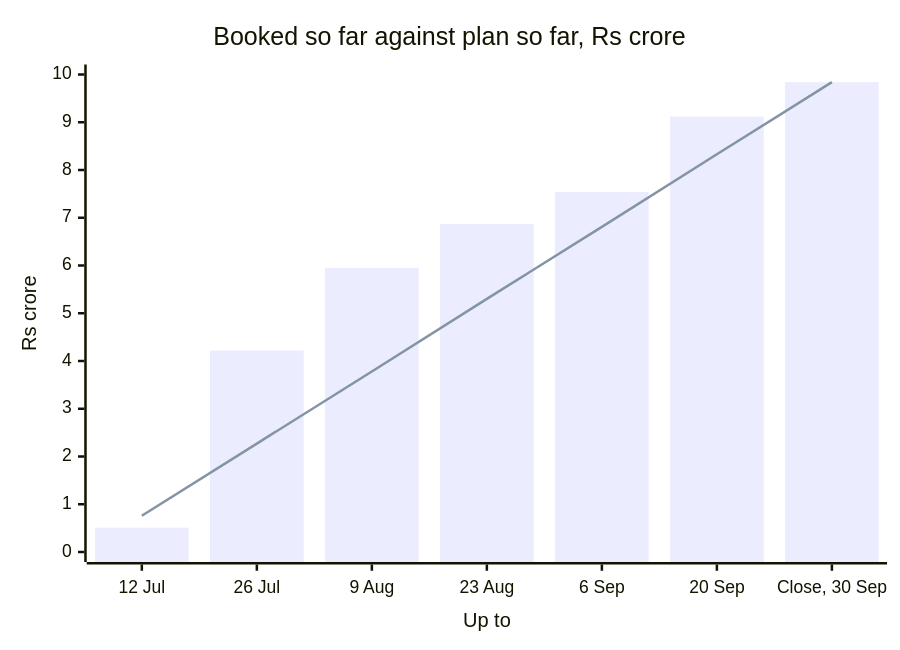
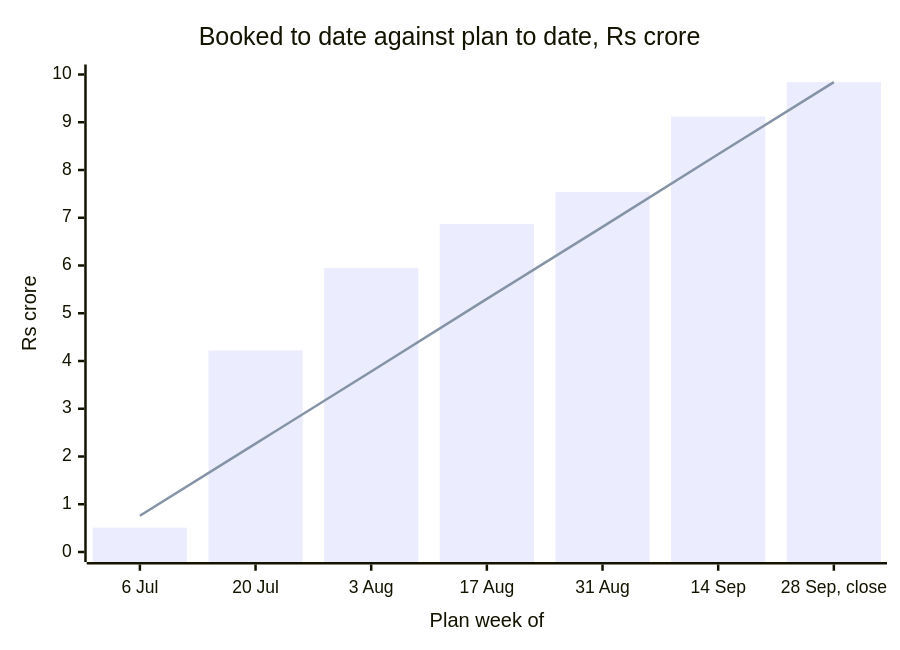
The third of 5 diagrams in content/W02/SAT/paper/C2_W02_SAT_recap_paper_STUDENT.md (fde-academy-lab/c2-content-factory), drawn with Mermaid before and after one commit. The commit also changed other lines of this file and 6 other files, not shown here.

````diff
--- a/content/W02/SAT/paper/C2_W02_SAT_recap_paper_STUDENT.md
+++ b/content/W02/SAT/paper/C2_W02_SAT_recap_paper_STUDENT.md
@@ -324,8 +324,8 @@
 ```mermaid
 xychart-beta
-  title "Booked so far against plan so far, Rs crore"
-  x-axis "Up to" ["12 Jul", "26 Jul", "9 Aug", "23 Aug", "6 Sep", "20 Sep", "Close, 30 Sep"]
+  title "Booked to date against plan to date, Rs crore"
+  x-axis "Plan week of" ["6 Jul", "20 Jul", "3 Aug", "17 Aug", "31 Aug", "14 Sep", "28 Sep, close"]
   y-axis "Rs crore" 0 --> 10
   bar [0.51, 4.22, 5.95, 6.87, 7.54, 9.12, 9.84]
   line [0.76, 2.27, 3.78, 5.30, 6.81, 8.33, 9.84]
 ```
````
